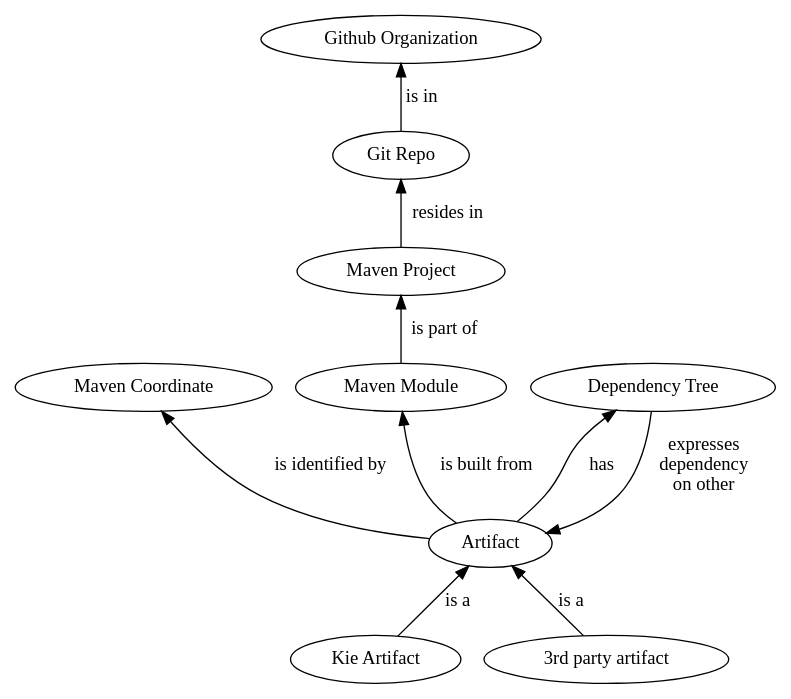
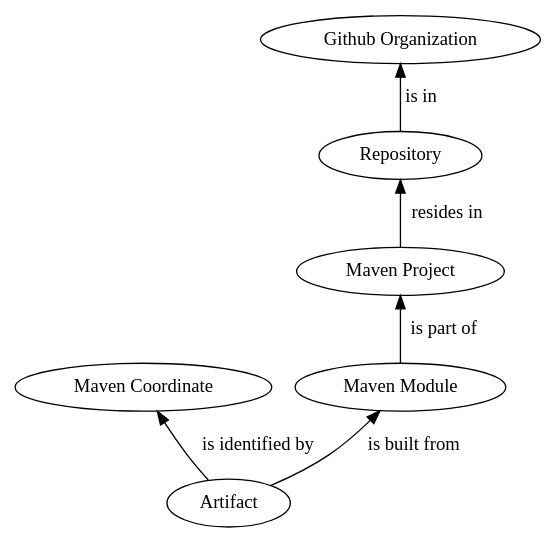
One commit to jhrcek/kiegroup-dependencies changed the diagram in docs/Concepts.dot. Above: the diagram before and after it, drawn with Graphviz. The commit also changed 10 other files, not shown here.

```diff
--- a/docs/Concepts.dot
+++ b/docs/Concepts.dot
@@ -1,22 +1,16 @@
 digraph Concepts {
     rankdir=BT
 
     1 [label="Github Organization"]
-    2 [label="Git Repo"]
+    2 [label="Repository"]
     3 [label="Artifact"]
     4 [label="Maven Coordinate"]
     5 [label="Maven Module"]
     6 [label="Maven Project"]
-    7 [label="Kie Artifact"]
-    8 [label="3rd party artifact"]
-    9 [label="Dependency Tree"]
-
+    
     2->1[label="is in"]
     3->5[label="is built from"]
     5->6[label="is part of"]
     6->2[label="resides in"]
     3->4[label="is identified by"]
-    {7,8}->3[label="is a"]
-    3->9 [label="has"]
-    9->3 [label="expresses\ndependency\non other"]
 }
```
